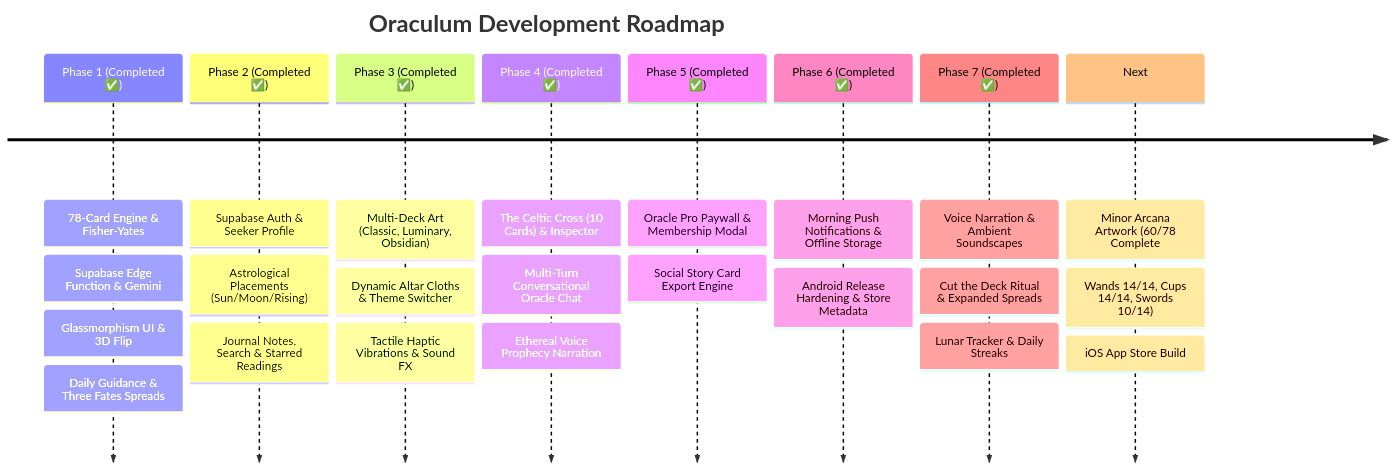
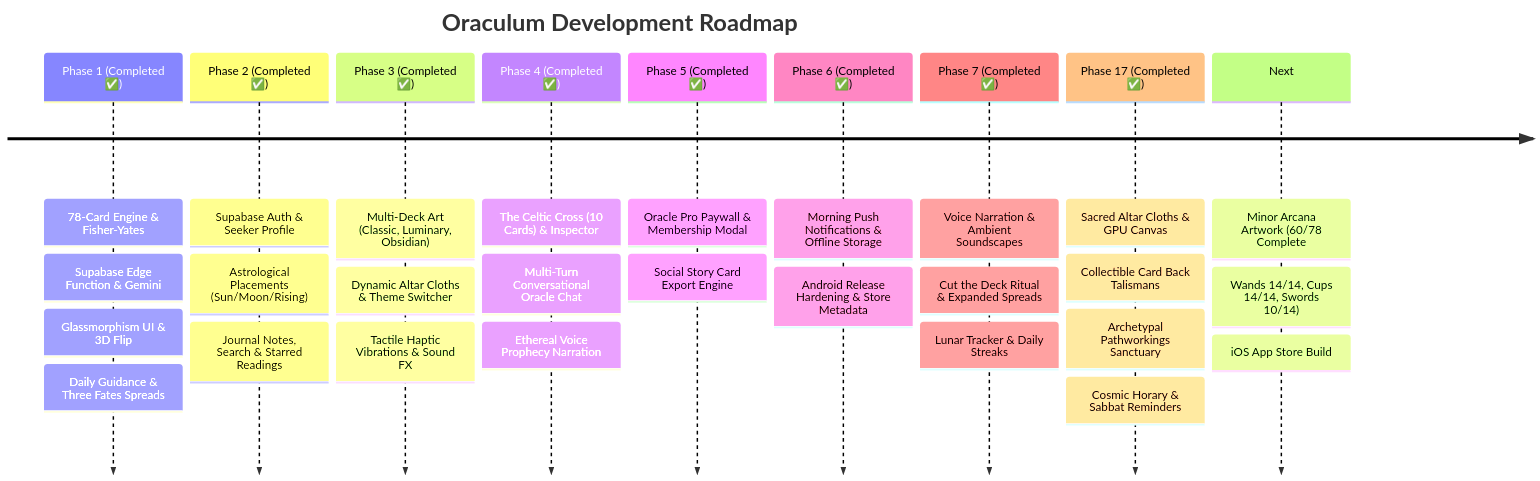
Before and after one commit to Dreke20/TarotApp: the diagram in ROADMAP.md, drawn with Mermaid. The commit also changed other lines of this file and 32 other files, not shown here.

First line of the commit message:
feat: implement Sacred Altar Cloths, Card Backs, Pathworkings, and Cosmic Horary Notifications

````diff
--- a/ROADMAP.md
+++ b/ROADMAP.md
@@ -9,26 +9,30 @@
 ```mermaid
 timeline
     title Oraculum Development Roadmap
     Phase 1 (Completed ✅) : 78-Card Engine & Fisher-Yates
                           : Supabase Edge Function & Gemini
                           : Glassmorphism UI & 3D Flip
                           : Daily Guidance & Three Fates Spreads
     Phase 2 (Completed ✅) : Supabase Auth & Seeker Profile
                           : Astrological Placements (Sun/Moon/Rising)
                           : Journal Notes, Search & Starred Readings
     Phase 3 (Completed ✅) : Multi-Deck Art (Classic, Luminary, Obsidian)
                           : Dynamic Altar Cloths & Theme Switcher
                           : Tactile Haptic Vibrations & Sound FX
     Phase 4 (Completed ✅) : The Celtic Cross (10 Cards) & Inspector
                           : Multi-Turn Conversational Oracle Chat
                           : Ethereal Voice Prophecy Narration
     Phase 5 (Completed ✅) : Oracle Pro Paywall & Membership Modal
                           : Social Story Card Export Engine
     Phase 6 (Completed ✅) : Morning Push Notifications & Offline Storage
                           : Android Release Hardening & Store Metadata
     Phase 7 (Completed ✅) : Voice Narration & Ambient Soundscapes
                           : Cut the Deck Ritual & Expanded Spreads
                           : Lunar Tracker & Daily Streaks
+    Phase 17 (Completed ✅): Sacred Altar Cloths & GPU Canvas
+                          : Collectible Card Back Talismans
+                          : Archetypal Pathworkings Sanctuary
+                          : Cosmic Horary & Sabbat Reminders
     Next                  : Minor Arcana Artwork (60/78 Complete: Wands 14/14, Cups 14/14, Swords 10/14)
                           : iOS App Store Build
 ```
````
